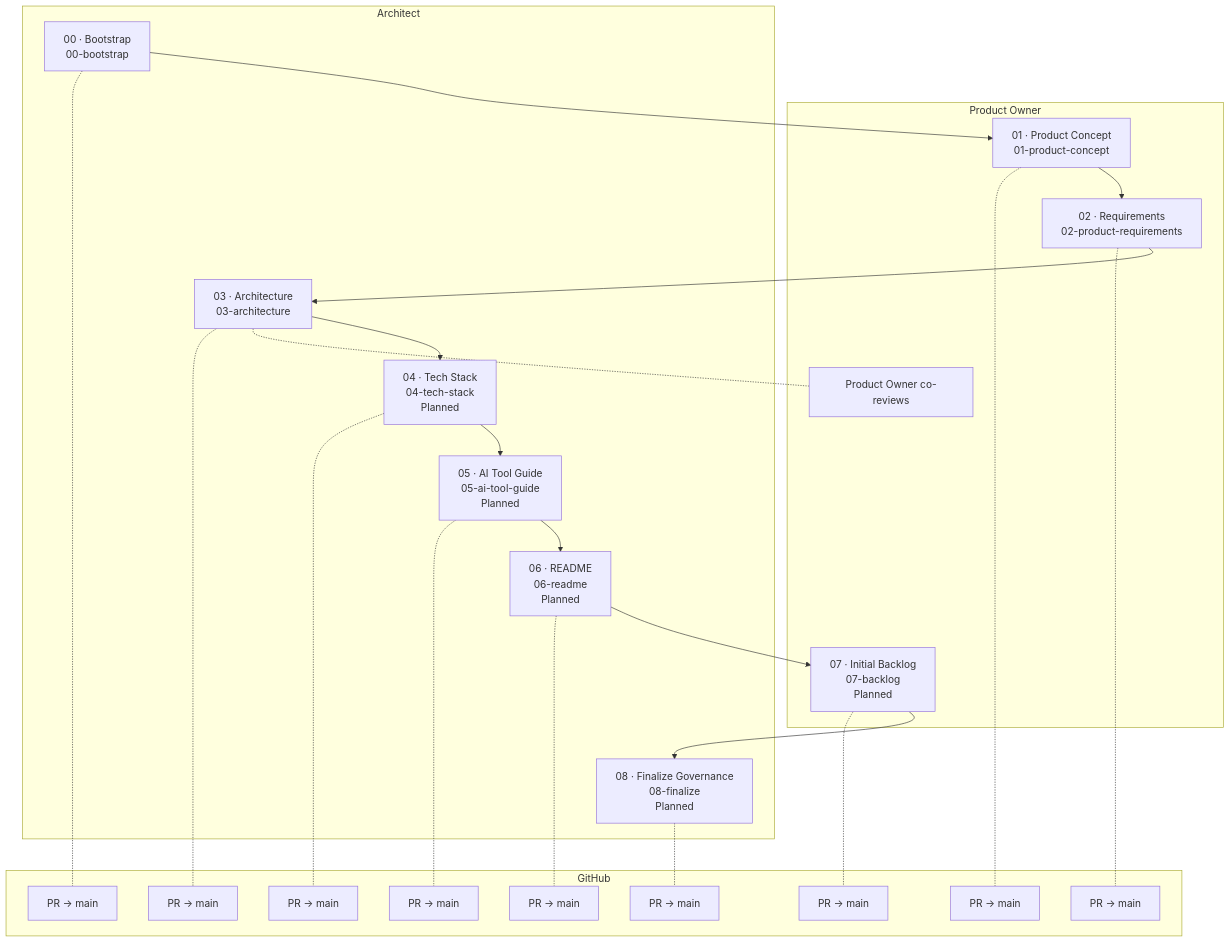
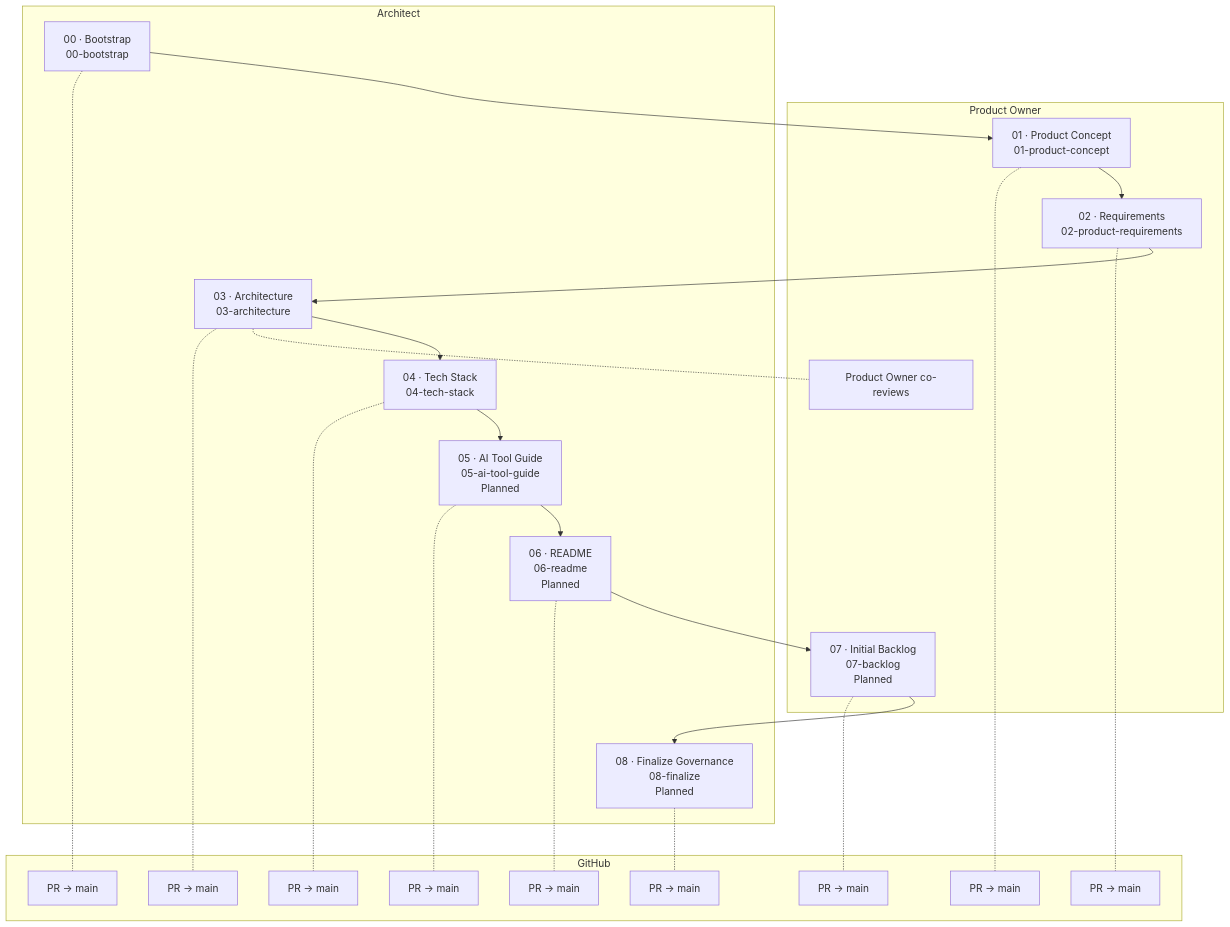
One commit to viralparikh-dev/cuevik-plugins changed the first of 3 diagrams in docs/guides/Cuevik-Plugins_Walkthrough.md. Above: the diagram before and after it, drawn with Mermaid. The commit also changed other lines of this file and 13 other files, not shown here.

First line of the commit message:
feat: 04-tech-stack skill (Phase 08)

````diff
--- a/docs/guides/Cuevik-Plugins_Walkthrough.md
+++ b/docs/guides/Cuevik-Plugins_Walkthrough.md
@@ -80,46 +80,46 @@
 ```mermaid
 flowchart TB
   subgraph PO["Product Owner"]
     M1["01 · Product Concept<br/>01-product-concept"]
     M2["02 · Requirements<br/>02-product-requirements"]
     S3_1["Product Owner co-reviews"]
     M7["07 · Initial Backlog<br/>07-backlog<br/>Planned"]
   end
   subgraph AR["Architect"]
     M0["00 · Bootstrap<br/>00-bootstrap"]
     M3["03 · Architecture<br/>03-architecture"]
-    M4["04 · Tech Stack<br/>04-tech-stack<br/>Planned"]
+    M4["04 · Tech Stack<br/>04-tech-stack"]
     M5["05 · AI Tool Guide<br/>05-ai-tool-guide<br/>Planned"]
     M6["06 · README<br/>06-readme<br/>Planned"]
     M8["08 · Finalize Governance<br/>08-finalize<br/>Planned"]
   end
   subgraph GH["GitHub"]
     S0_0["PR → main"]
     S1_0["PR → main"]
     S2_0["PR → main"]
     S3_0["PR → main"]
     S4_0["PR → main"]
     S5_0["PR → main"]
     S6_0["PR → main"]
     S7_0["PR → main"]
     S8_0["PR → main"]
   end
   M0 -.- S0_0
   M0 --> M1
   M1 -.- S1_0
   M1 --> M2
   M2 -.- S2_0
   M2 --> M3
   M3 -.- S3_0
   M3 -.- S3_1
   M3 --> M4
   M4 -.- S4_0
   M4 --> M5
   M5 -.- S5_0
   M5 --> M6
   M6 -.- S6_0
   M6 --> M7
   M7 -.- S7_0
   M7 --> M8
   M8 -.- S8_0
 ```
````
